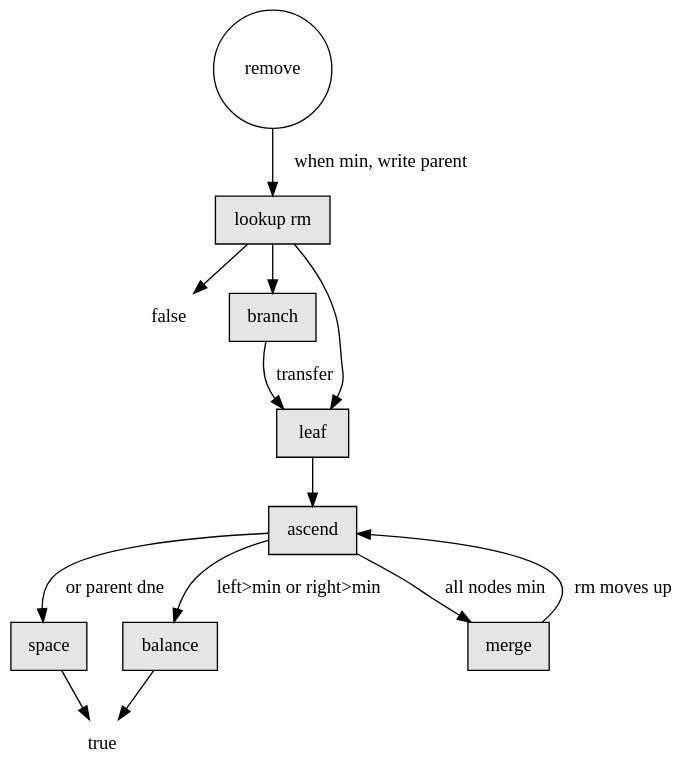
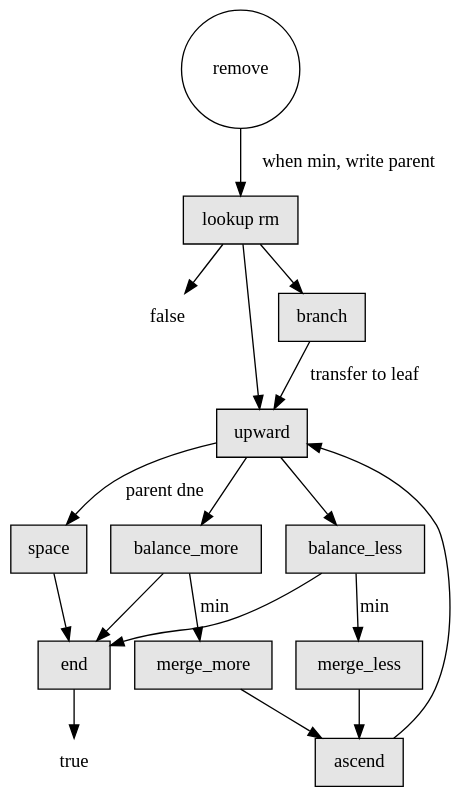
Before and after one commit to neil-edelman/boxes: the diagram in doc/remove.gv, drawn with Graphviz. The commit also changed 4 other files, not shown here.

```diff
--- a/doc/remove.gv
+++ b/doc/remove.gv
@@ -1,21 +1,26 @@
 digraph {
 	graph [truecolor=true, bgcolor=transparent, fontname="Bitstream Vera Sans"];
 	node [shape=box, style=filled, fontname="Bitstream Vera Sans", fillcolor="Grey90"];
 	edge [fontname="Bitstream Vera Sans"];
 	remove [shape=circle, style=none];
 	lookup [label="lookup rm"];
 	remove -> lookup [label="when min, write parent"];
 	lookup -> false;
 	lookup -> branch;
-	lookup -> leaf;
-	branch -> leaf [label="transfer"];
-	leaf -> ascend;
-	ascend -> space [label="or parent dne"];
-	space -> true;
-	ascend -> balance [label="left>min or right>min"];
-	balance -> true;
-	ascend -> merge [label="all nodes min"];
-	merge -> ascend [label="rm moves up"];
+	lookup -> upward;
+	branch -> upward [label="transfer to leaf"];
+	upward -> space [label="parent dne"];
+	upward -> balance_less;
+	upward -> balance_more;
+	balance_less -> merge_less [label="min"];
+	balance_more -> merge_more [label="min"];
+	balance_less -> end;
+	balance_more -> end;
+	merge_less -> ascend;
+	merge_more -> ascend;
+	ascend -> upward;
+	space -> end;
+	end -> true;
 	true [shape=none, style=none];
 	false [shape=none, style=none];
 }
```
